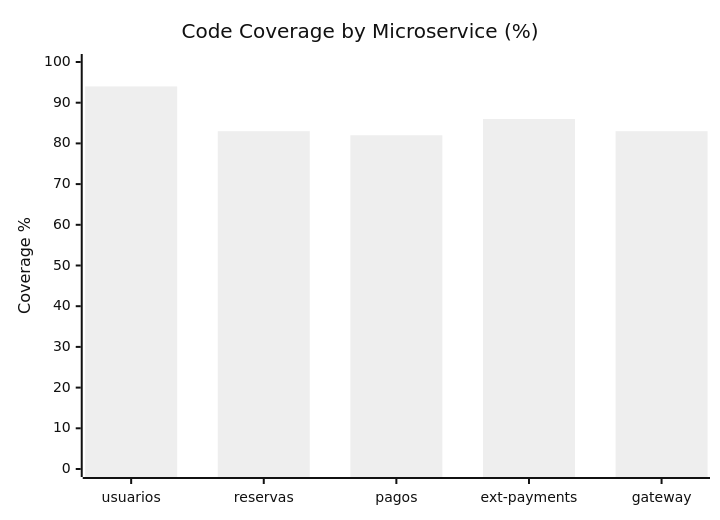
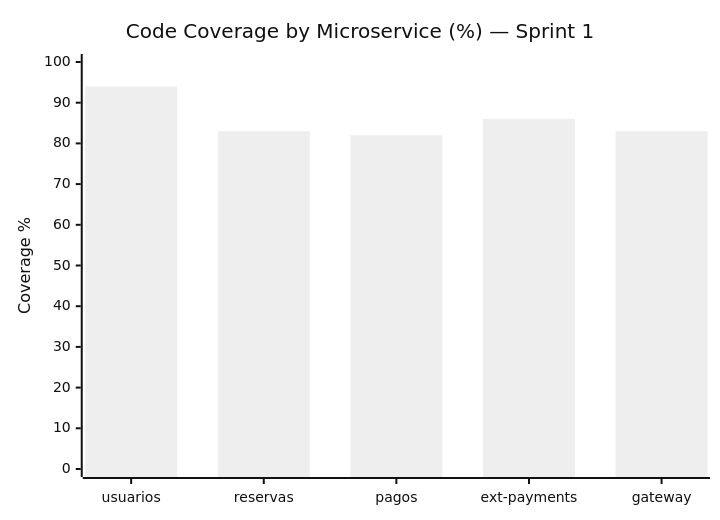
Before and after one commit to helverinio/MISW4501-202611-ProyectoFinal-Grupo13: the second of 2 diagrams in docs/MICROSERVICES_COVERAGE_2026-04-11.md, drawn with Mermaid (neutral theme). The commit also changed other lines of this file and 10 other files, not shown here.

First line of the commit message:
feat: Update Microservices Test Coverage Report for Sprint 2

````diff
--- a/docs/MICROSERVICES_COVERAGE_2026-04-11.md
+++ b/docs/MICROSERVICES_COVERAGE_2026-04-11.md
@@ -26,7 +39,7 @@
 ```mermaid
 xychart-beta
-  title "Code Coverage by Microservice (%)"
+  title "Code Coverage by Microservice (%) — Sprint 1"
   x-axis [usuarios, reservas, pagos, ext-payments, gateway]
   y-axis "Coverage %" 0 --> 100
   bar [94, 83, 82, 86, 83]
 ```
````
